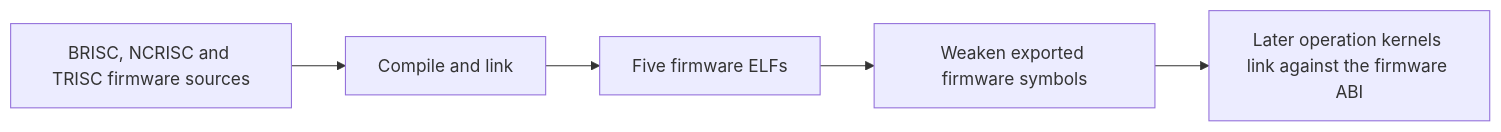
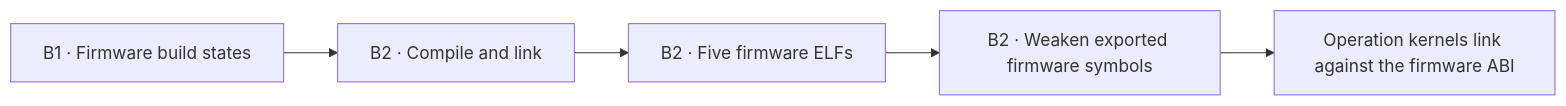
One commit to buicongnguyen/tt-sim changed the second of 13 diagrams in public/RISC_FIRMWARE_TO_KERNEL_FLOW.md. Above: the diagram before and after it, drawn with Mermaid. The commit also changed other lines of this file and 4 other files, not shown here.

Commit message:
Link firmware flow steps to source

````diff
--- a/public/RISC_FIRMWARE_TO_KERNEL_FLOW.md
+++ b/public/RISC_FIRMWARE_TO_KERNEL_FLOW.md
@@ -129,7 +142,7 @@
 ```mermaid
 flowchart LR
-    F[BRISC, NCRISC and TRISC firmware sources] --> J[Compile and link]
-    J --> E[Five firmware ELFs]
-    E --> W[Weaken exported firmware symbols]
-    W --> K[Later operation kernels link against the firmware ABI]
+    F[B1 · Firmware build states] --> J[B2 · Compile and link]
+    J --> E[B2 · Five firmware ELFs]
+    E --> W[B2 · Weaken exported firmware symbols]
+    W --> K[Operation kernels link against the firmware ABI]
 ```
````
